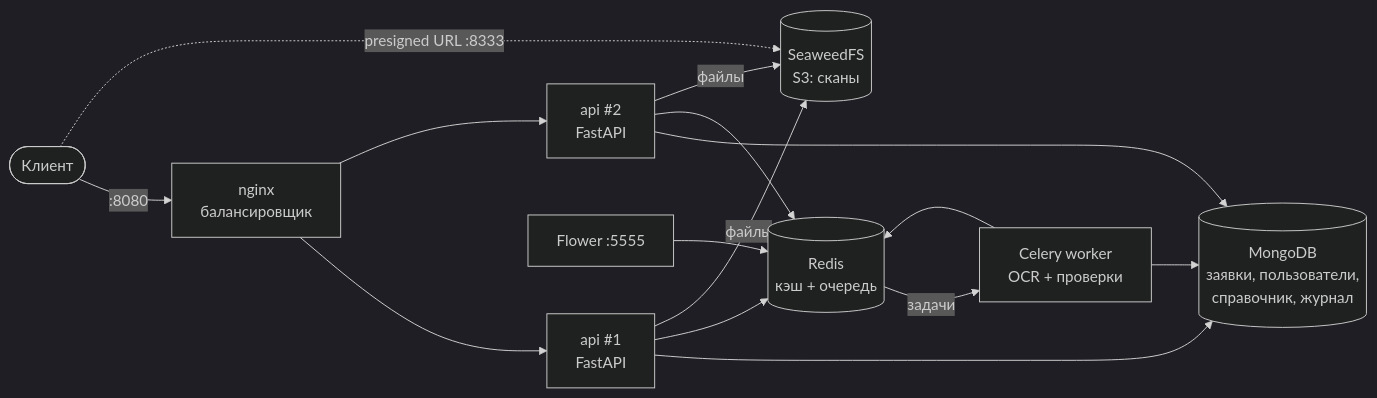
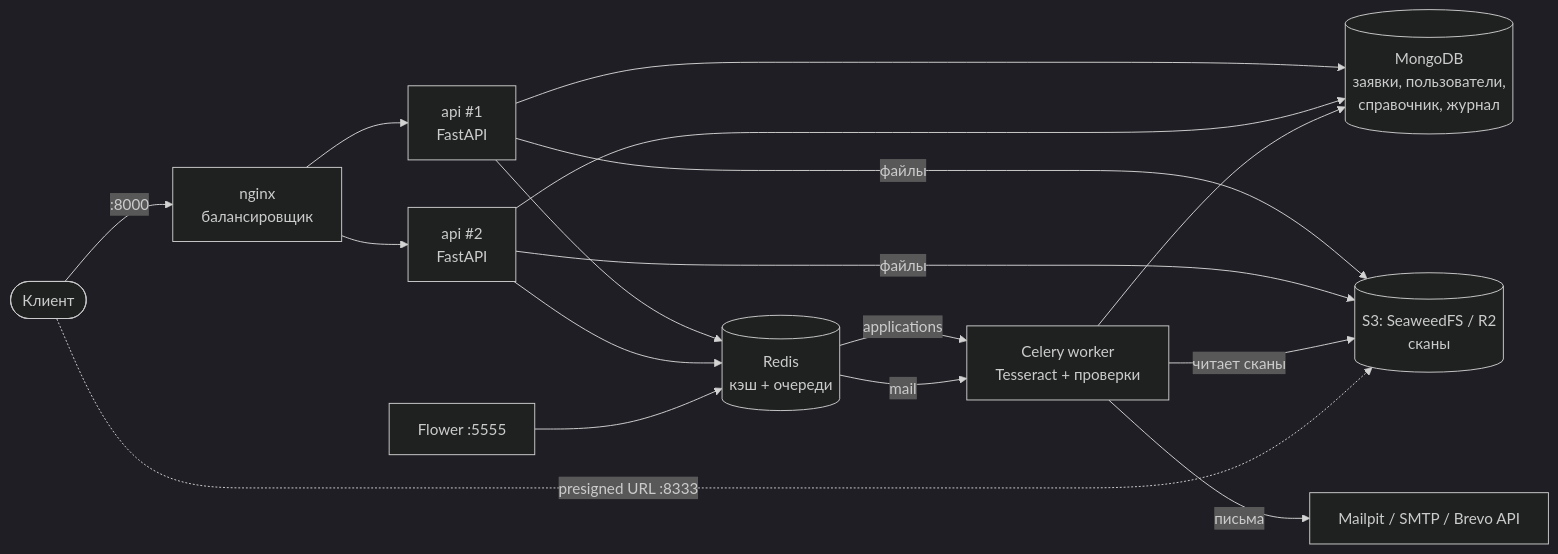
One commit to egalalpp/sppo-applications-api changed the first of 2 diagrams in backend/README.md. Above: the diagram before and after it, drawn with Mermaid (dark theme). The commit also changed other lines of this file and 55 other files, not shown here.

First line of the commit message:
Спринт 2: Tesseract OCR, почтовые уведомления, роль operator, подготовка к деплою

````diff
--- a/backend/README.md
+++ b/backend/README.md
@@ -143,14 +164,16 @@
 ```mermaid
 flowchart LR
-    client([Клиент]) -->|:8080| nginx[nginx<br/>балансировщик]
+    client([Клиент]) -->|:8000| nginx[nginx<br/>балансировщик]
     nginx --> api1[api #1<br/>FastAPI]
     nginx --> api2[api #2<br/>FastAPI]
     api1 & api2 --> mongo[(MongoDB<br/>заявки, пользователи,<br/>справочник, журнал)]
-    api1 & api2 --> redis[(Redis<br/>кэш + очередь)]
-    api1 & api2 -->|файлы| s3[(SeaweedFS<br/>S3: сканы)]
-    redis -->|задачи| worker[Celery worker<br/>OCR + проверки]
+    api1 & api2 --> redis[(Redis<br/>кэш + очереди)]
+    api1 & api2 -->|файлы| s3[(S3: SeaweedFS / R2<br/>сканы)]
+    redis -->|applications| worker[Celery worker<br/>Tesseract + проверки]
+    redis -->|mail| worker
     worker --> mongo
-    worker --> redis
+    worker -->|читает сканы| s3
+    worker -->|письма| mail[Mailpit / SMTP / Brevo API]
     client -.->|presigned URL :8333| s3
     flower[Flower :5555] --> redis
 ```
````
